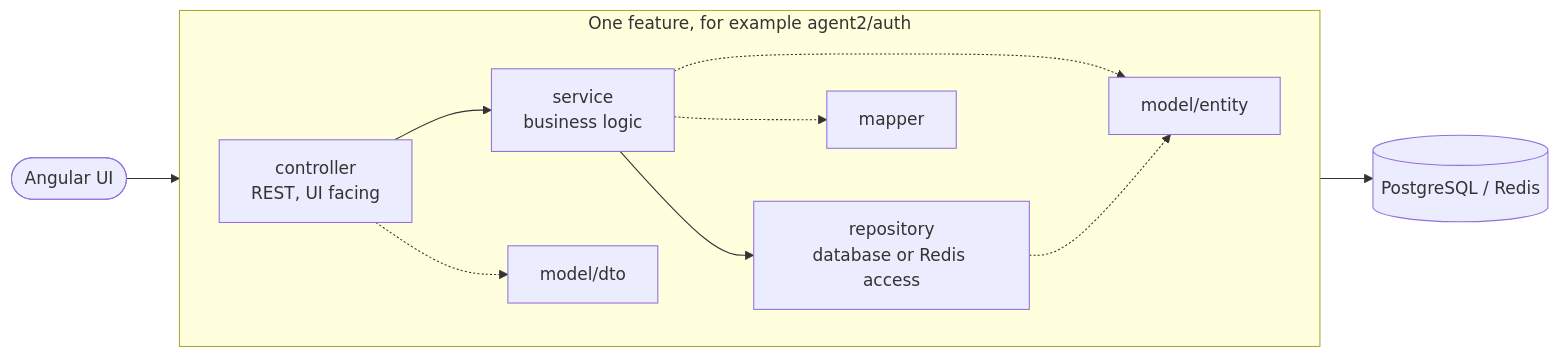
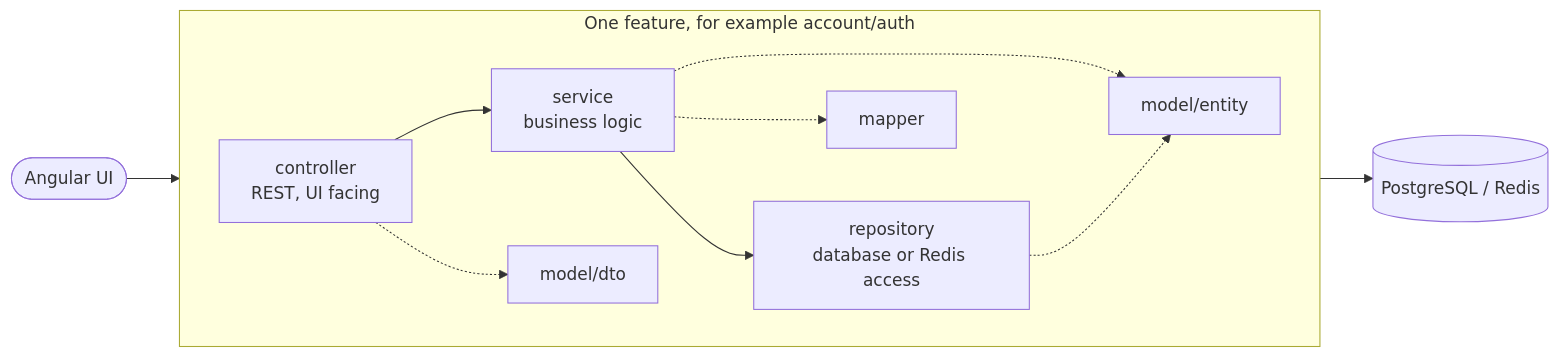
The ninth of 12 diagrams in prepai-spec.md (ocjpkrishna/prepai), drawn with Mermaid before and after one commit. The commit also changed other lines of this file, not shown here.

````diff
--- a/prepai-spec.md
+++ b/prepai-spec.md
@@ -1555,13 +1567,13 @@
 ```mermaid
 flowchart LR
-    subgraph feature["One feature, for example agent2/auth"]
+    subgraph feature["One feature, for example account/auth"]
         direction LR
         c["controller<br/>REST, UI facing"] --> s["service<br/>business logic"] --> r["repository<br/>database or Redis access"]
         c -.-> dto["model/dto"]
         s -.-> mp["mapper"]
         s -.-> ent["model/entity"]
         r -.-> ent
     end
     ui(["Angular UI"]) --> c
     r --> db[("PostgreSQL / Redis")]
 ```
````
